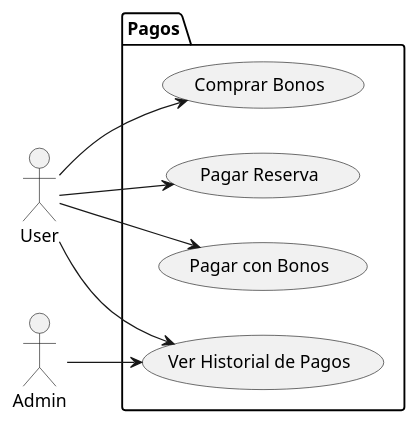
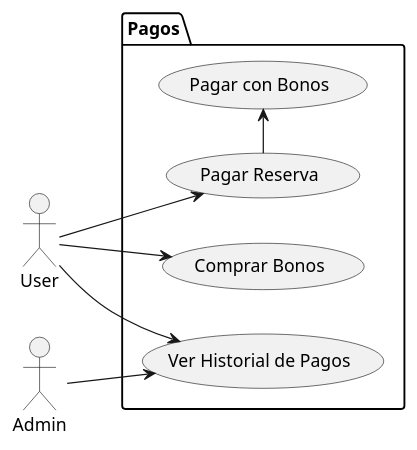
Before and after one commit to pablarce/23-24-IdSw1-SDR: the diagram in CasosDeUso/CasosDeUso/Pagos.puml, drawn with PlantUML. The commit also changed 3 other files, not shown here.

```diff
--- a/CasosDeUso/CasosDeUso/Pagos.puml
+++ b/CasosDeUso/CasosDeUso/Pagos.puml
@@ -1,24 +1,24 @@
 @startuml
 
 left to right direction
 
 actor User as U
 actor Admin as A
 
 package Pagos{
 
     usecase "Pagar Reserva" as UC1
     usecase "Pagar con Bonos" as UC2
     usecase "Ver Historial de Pagos" as UC3
     usecase "Comprar Bonos" as UC4
 
 }
 
 U --> UC1
-U --> UC2
+UC1 -> UC2
 U --> UC3
 U --> UC4
 
 A --> UC3
 
 @enduml
```
